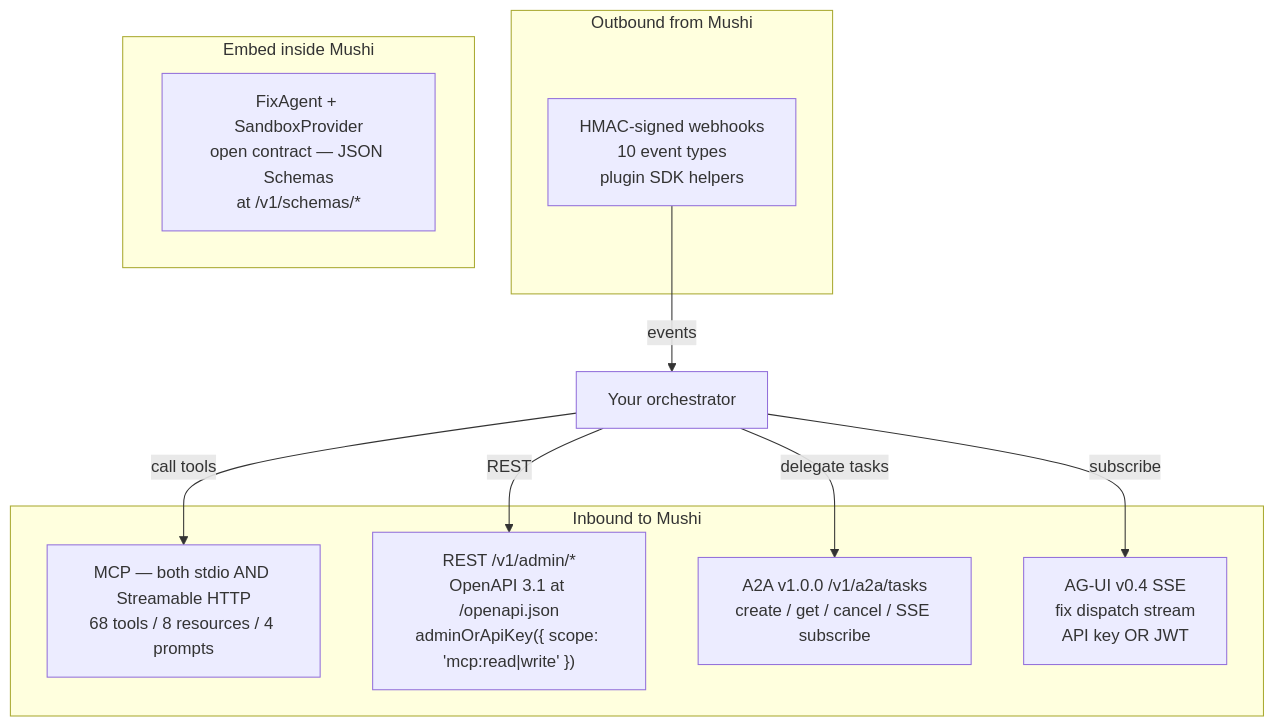
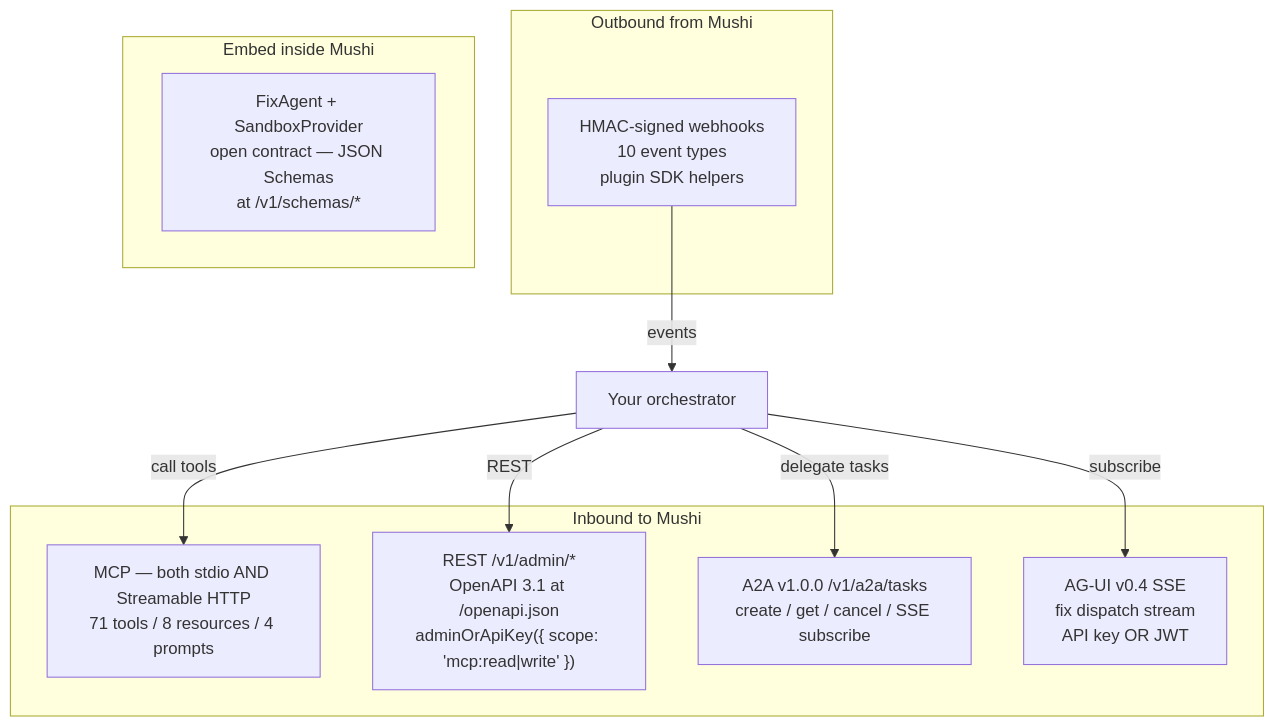
The diagram in apps/docs/content/concepts/orchestrator-interop.mdx (kensaurus/mushi-mushi), drawn with Mermaid before and after one commit. The commit also changed other lines of this file and 100 other files, not shown here.

````diff
--- a/apps/docs/content/concepts/orchestrator-interop.mdx
+++ b/apps/docs/content/concepts/orchestrator-interop.mdx
@@ -31,20 +31,20 @@
 ```mermaid
 flowchart TB
   subgraph Inbound["Inbound to Mushi"]
-    MCP["MCP — both stdio AND Streamable HTTP<br/>68 tools / 8 resources / 4 prompts"]
+    MCP["MCP — both stdio AND Streamable HTTP<br/>71 tools / 8 resources / 4 prompts"]
     REST["REST /v1/admin/*<br/>OpenAPI 3.1 at /openapi.json<br/>adminOrApiKey({ scope: 'mcp:read|write' })"]
     A2A["A2A v1.0.0 /v1/a2a/tasks<br/>create / get / cancel / SSE subscribe"]
     AGUI["AG-UI v0.4 SSE<br/>fix dispatch stream<br/>API key OR JWT"]
   end
   subgraph Outbound["Outbound from Mushi"]
     Hooks["HMAC-signed webhooks<br/>10 event types<br/>plugin SDK helpers"]
   end
   subgraph Native["Embed inside Mushi"]
     FA["FixAgent + SandboxProvider<br/>open contract — JSON Schemas<br/>at /v1/schemas/*"]
   end
   Orch["Your orchestrator"] -->|"call tools"| MCP
   Orch -->|"REST"| REST
   Orch -->|"delegate tasks"| A2A
   Orch -->|"subscribe"| AGUI
   Hooks -->|"events"| Orch
 ```
````
